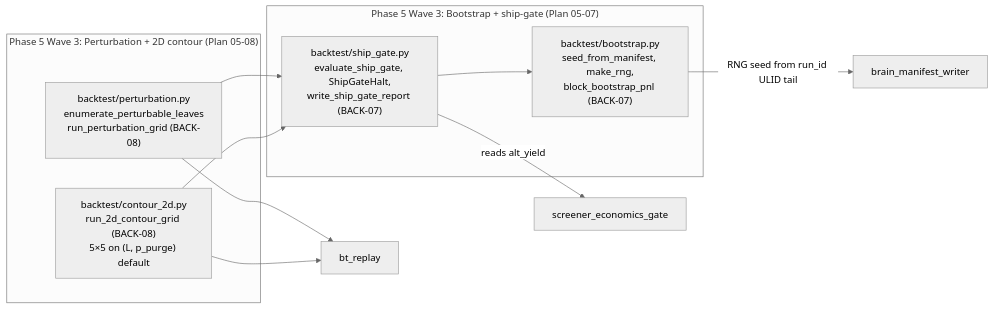
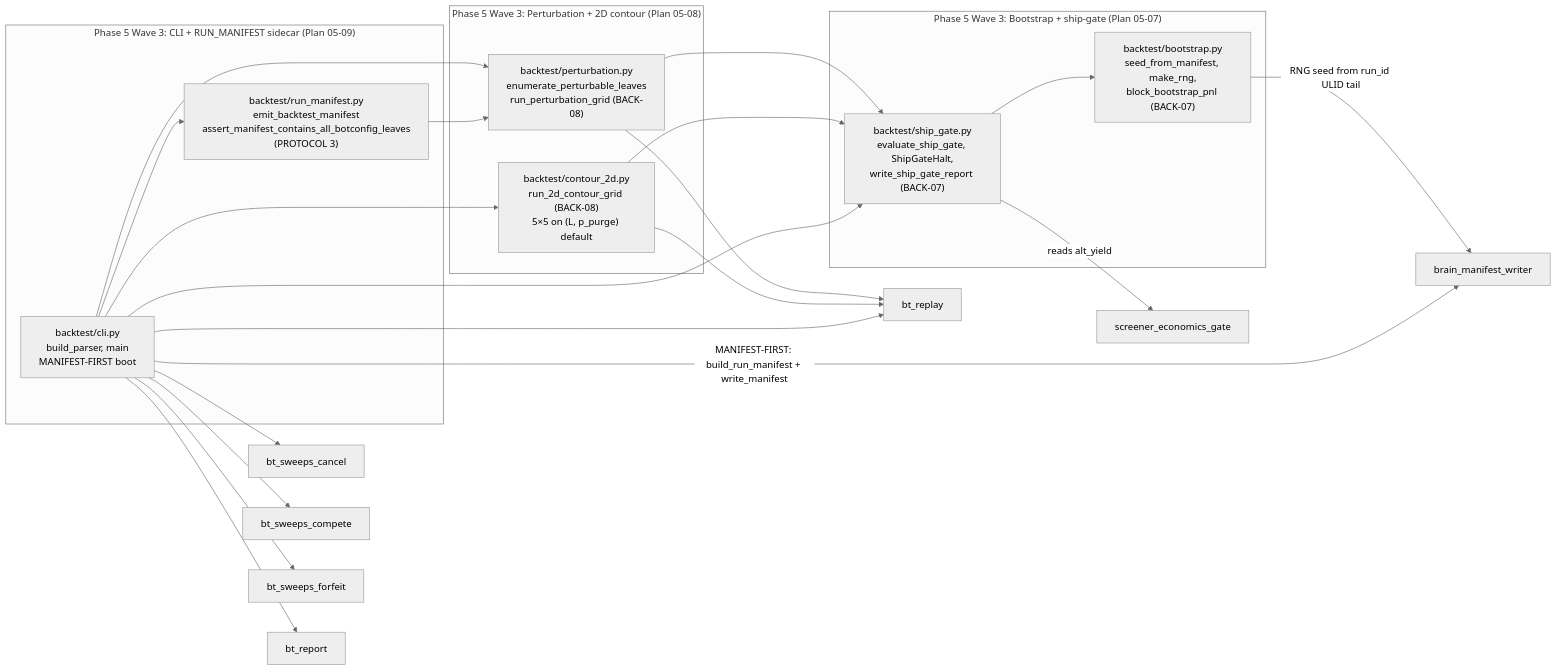
Before and after one commit to atiredbrudda/boros: the eighth of 8 diagrams in docs/ARCHITECTURE.md, drawn with Mermaid (neutral theme). The commit also changed other lines of this file and 9 other files, not shown here.

First line of the commit message:
feat(05-09): CLI + RUN_MANIFEST sidecar + architecture diagram (BACK-01, PROTO-01..03)

````diff
--- a/docs/ARCHITECTURE.md
+++ b/docs/ARCHITECTURE.md
@@ -746,23 +746,41 @@
 ```mermaid
 flowchart LR
     subgraph phase5_wave3_shipgate["Phase 5 Wave 3: Bootstrap + ship-gate (Plan 05-07)"]
         bt_bootstrap["backtest/bootstrap.py<br/>seed_from_manifest, make_rng,<br/>block_bootstrap_pnl (BACK-07)"]
         bt_ship_gate["backtest/ship_gate.py<br/>evaluate_ship_gate, ShipGateHalt,<br/>write_ship_gate_report (BACK-07)"]
     end
 
     %% Phase 5 Wave 3 ship-gate wiring (Plan 05-07)
     bt_ship_gate --> bt_bootstrap
     bt_bootstrap -- "RNG seed from run_id ULID tail" --> brain_manifest_writer
     bt_ship_gate -- "reads alt_yield" --> screener_economics_gate
 
     subgraph phase5_wave3_perturbation["Phase 5 Wave 3: Perturbation + 2D contour (Plan 05-08)"]
         bt_perturbation["backtest/perturbation.py<br/>enumerate_perturbable_leaves<br/>run_perturbation_grid (BACK-08)"]
         bt_contour_2d["backtest/contour_2d.py<br/>run_2d_contour_grid (BACK-08)<br/>5×5 on (L, p_purge) default"]
     end
 
     %% Phase 5 Wave 3 perturbation wiring (Plan 05-08)
     bt_perturbation --> bt_replay
     bt_perturbation --> bt_ship_gate
     bt_contour_2d --> bt_replay
     bt_contour_2d --> bt_ship_gate
+
+    subgraph phase5_wave3_cli["Phase 5 Wave 3: CLI + RUN_MANIFEST sidecar (Plan 05-09)"]
+        bt_cli["backtest/cli.py<br/>build_parser, main<br/>MANIFEST-FIRST boot"]
+        bt_run_manifest["backtest/run_manifest.py<br/>emit_backtest_manifest<br/>assert_manifest_contains_all_botconfig_leaves<br/>(PROTOCOL 3)"]
+    end
+
+    %% Phase 5 Wave 3 CLI wiring (Plan 05-09)
+    bt_cli -- "MANIFEST-FIRST: build_run_manifest + write_manifest" --> brain_manifest_writer
+    bt_cli --> bt_run_manifest
+    bt_cli --> bt_replay
+    bt_cli --> bt_sweeps_cancel
+    bt_cli --> bt_sweeps_compete
+    bt_cli --> bt_sweeps_forfeit
+    bt_cli --> bt_perturbation
+    bt_cli --> bt_contour_2d
+    bt_cli --> bt_ship_gate
+    bt_cli --> bt_report
+    bt_run_manifest --> bt_perturbation
 ```
````
